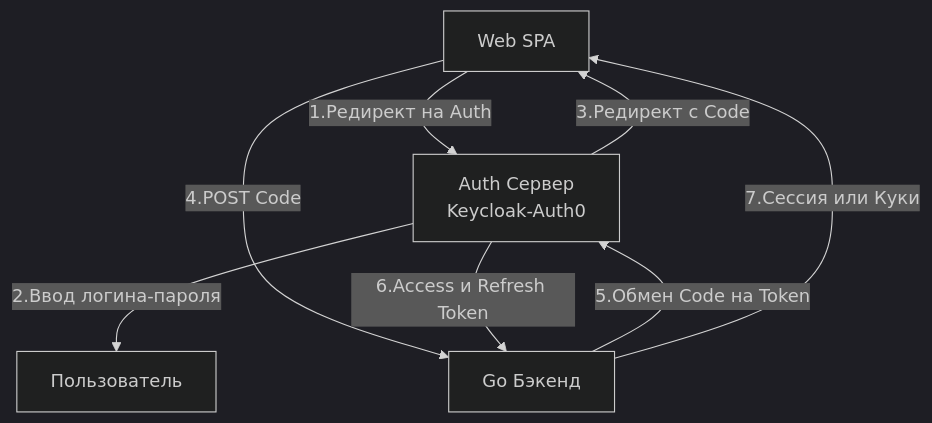
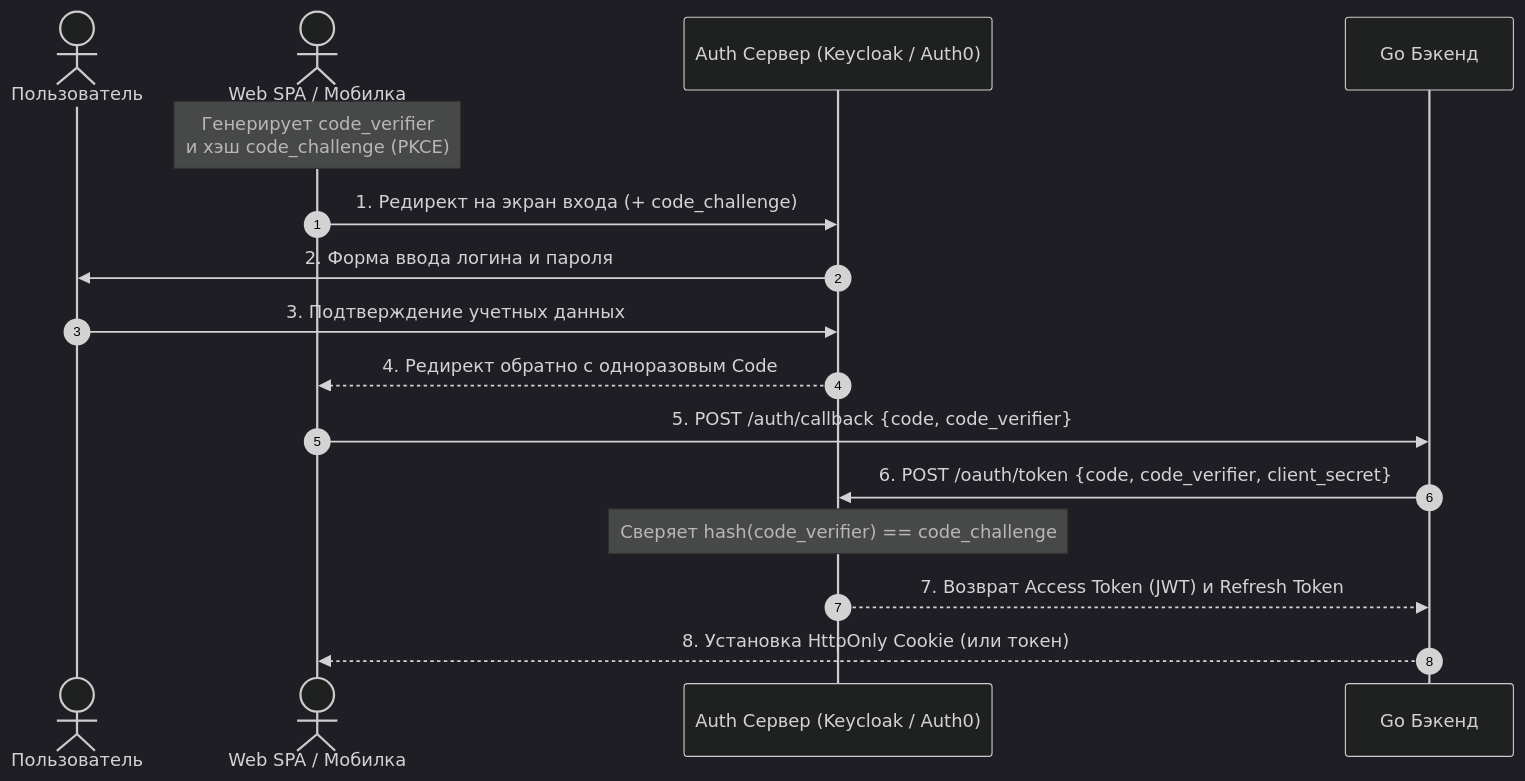
Before and after one commit to UnrealTemplier/go-textbook: the second of 2 diagrams in sources/10. Проектирование API и Сетевые протоколы/28. Security API. Auth, OAuth2.md, drawn with Mermaid (dark theme). The commit also changed other lines of this file, not shown here.

````diff
--- a/sources/10. Проектирование API и Сетевые протоколы/28. Security API. Auth, OAuth2.md
+++ b/sources/10. Проектирование API и Сетевые протоколы/28. Security API. Auth, OAuth2.md
@@ -71,10 +130,20 @@
 ```mermaid
-flowchart TD
-    Client["Web SPA"]-->|1.Редирект на Auth|AuthServer["Auth Сервер<br>Keycloak-Auth0"]
-    AuthServer-->|2.Ввод логина-пароля|User["Пользователь"]
-    AuthServer-->|3.Редирект с Code|Client
-    Client-->|4.POST Code|GoBackend["Go Бэкенд"]
-    GoBackend-->|5.Обмен Code на Token|AuthServer
-    AuthServer-->|6.Access и Refresh Token|GoBackend
-    GoBackend-->|7.Сессия или Куки|Client
+sequenceDiagram
+    autonumber
+    actor User as Пользователь
+    actor SPA as Web SPA / Мобилка
+    participant Auth as Auth Сервер (Keycloak / Auth0)
+    participant Backend as Go Бэкенд
+
+    Note over SPA: Генерирует code_verifier<br>и хэш code_challenge (PKCE)
+    SPA->>Auth: 1. Редирект на экран входа (+ code_challenge)
+    Auth->>User: 2. Форма ввода логина и пароля
+    User->>Auth: 3. Подтверждение учетных данных
+    Auth-->>SPA: 4. Редирект обратно с одноразовым Code
+    
+    SPA->>Backend: 5. POST /auth/callback {code, code_verifier}
+    Backend->>Auth: 6. POST /oauth/token {code, code_verifier, client_secret}
+    Note over Auth: Сверяет hash(code_verifier) == code_challenge
+    Auth-->>Backend: 7. Возврат Access Token (JWT) и Refresh Token
+    Backend-->>SPA: 8. Установка HttpOnly Cookie (или токен)
 ```
````
